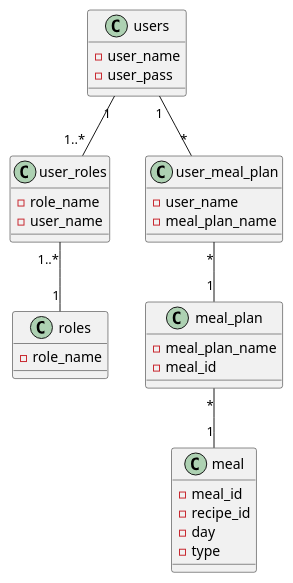
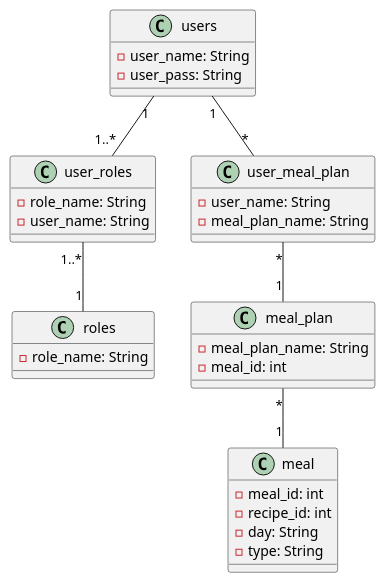
The diagram in src/main/resources/Class diagram.puml (jonathanbraad/eksamenforberedelse_backend), drawn with PlantUML before and after one commit. The commit also changed 2 other files, not shown here.

```diff
--- a/src/main/resources/Class diagram.puml
+++ b/src/main/resources/Class diagram.puml
@@ -1,40 +1,40 @@
 @startuml
 'https://plantuml.com/class-diagram
 
 class users {
-    - user_name
-    - user_pass
+    - user_name: String
+    - user_pass: String
 }
 
 class user_roles {
-    - role_name
-    - user_name
+    - role_name: String
+    - user_name: String
 }
 
 class roles {
-    - role_name
+    - role_name: String
 }
 
 class user_meal_plan {
-    - user_name
-    - meal_plan_name
+    - user_name: String
+    - meal_plan_name: String
 }
 
 class meal_plan {
-    - meal_plan_name
-    - meal_id
+    - meal_plan_name: String
+    - meal_id: int
 }
 
 class meal {
-    - meal_id
-    - recipe_id
-    - day
-    - type
+    - meal_id: int
+    - recipe_id: int
+    - day: String
+    - type: String
 }
 
 users "1" -- "1..*" user_roles
 user_roles "1..*" -- "1" roles
 users "1" -- "*" user_meal_plan
 user_meal_plan "*" -- "1" meal_plan
 meal_plan "*"--"1" meal
 @enduml
```
